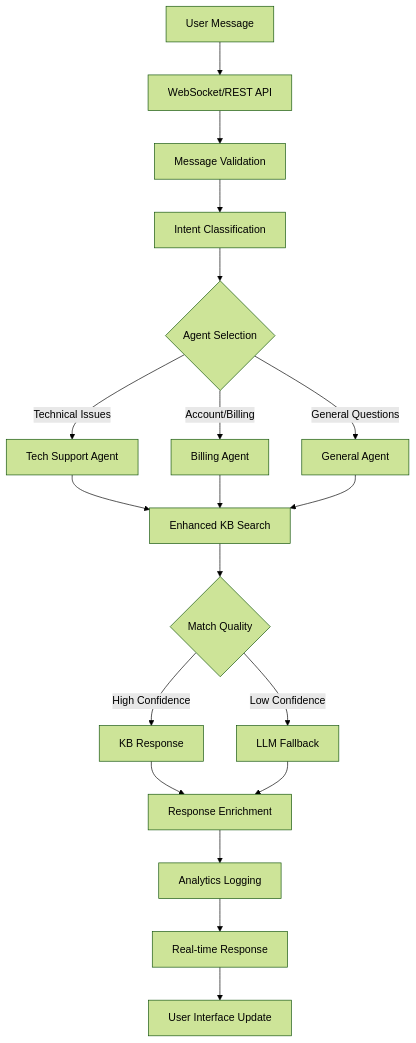
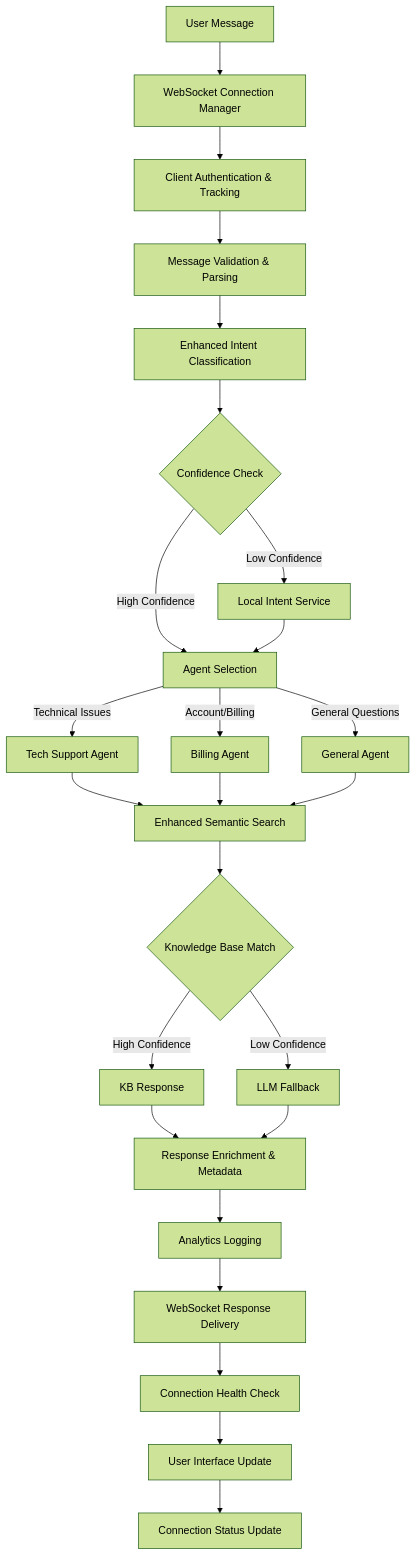
One commit to pauly7610/search changed the first of 2 diagrams in docs/architecture.md. Above: the diagram before and after it, drawn with Mermaid (forest theme). The commit also changed other lines of this file and 5 other files, not shown here.

````diff
--- a/docs/architecture.md
+++ b/docs/architecture.md
@@ -69,21 +94,27 @@
 ```mermaid
 graph TD
-    A[User Message] --> B[WebSocket/REST API]
-    B --> C[Message Validation]
-    C --> D[Intent Classification]
-    D --> E{Agent Selection}
-    E -->|Technical Issues| F[Tech Support Agent]
-    E -->|Account/Billing| G[Billing Agent]
-    E -->|General Questions| H[General Agent]
-    F --> I[Enhanced KB Search]
-    G --> I
-    H --> I
-    I --> J{Match Quality}
-    J -->|High Confidence| K[KB Response]
-    J -->|Low Confidence| L[LLM Fallback]
-    K --> M[Response Enrichment]
-    L --> M
-    M --> N[Analytics Logging]
-    N --> O[Real-time Response]
-    O --> P[User Interface Update]
+    A[User Message] --> B[WebSocket Connection Manager]
+    B --> C[Client Authentication & Tracking]
+    C --> D[Message Validation & Parsing]
+    D --> E[Enhanced Intent Classification]
+    E --> F{Confidence Check}
+    F -->|High Confidence| G[Agent Selection]
+    F -->|Low Confidence| H[Local Intent Service]
+    H --> G
+    G -->|Technical Issues| I[Tech Support Agent]
+    G -->|Account/Billing| J[Billing Agent]
+    G -->|General Questions| K[General Agent]
+    I --> L[Enhanced Semantic Search]
+    J --> L
+    K --> L
+    L --> M{Knowledge Base Match}
+    M -->|High Confidence| N[KB Response]
+    M -->|Low Confidence| O[LLM Fallback]
+    N --> P[Response Enrichment & Metadata]
+    O --> P
+    P --> Q[Analytics Logging]
+    Q --> R[WebSocket Response Delivery]
+    R --> S[Connection Health Check]
+    S --> T[User Interface Update]
+    T --> U[Connection Status Update]
 ```
````
